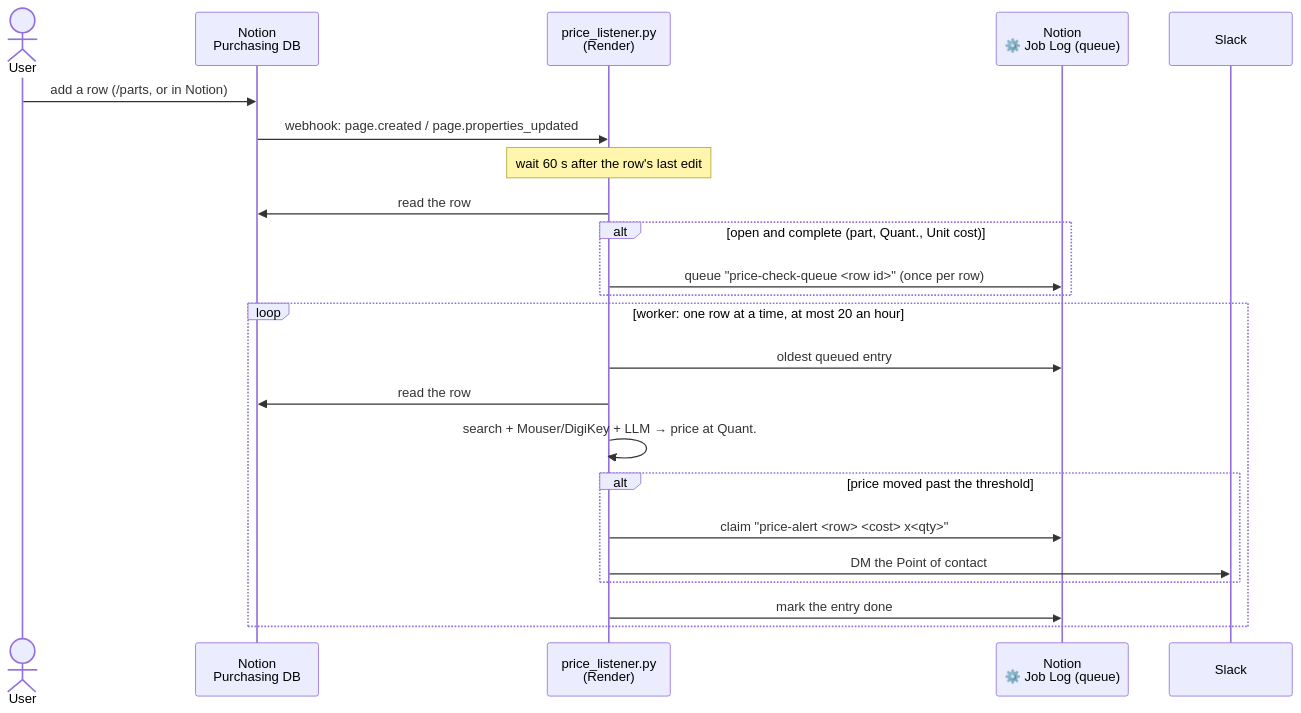
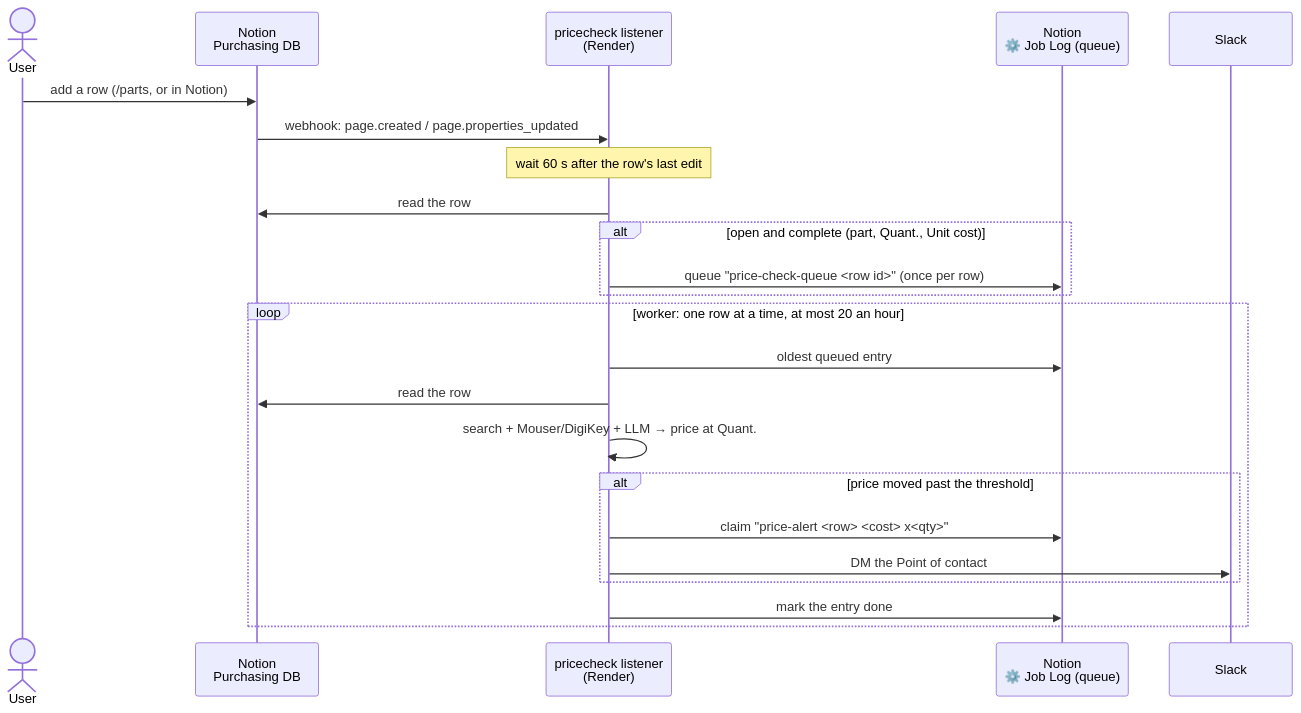
The diagram in README.md (Penn-Electric-Racing/PER-Purchasing), drawn with Mermaid before and after one commit. The commit also changed other lines of this file and 29 other files, not shown here.

````diff
--- a/README.md
+++ b/README.md
@@ -17,26 +17,26 @@
 ```mermaid
 sequenceDiagram
     actor User
     participant Purchasing as Notion<br/>Purchasing DB
-    participant Listener as price_listener.py<br/>(Render)
+    participant Listener as pricecheck listener<br/>(Render)
     participant JobLog as Notion<br/>⚙️ Job Log (queue)
     participant Slack
 
     User->>Purchasing: add a row (/parts, or in Notion)
     Purchasing->>Listener: webhook: page.created / page.properties_updated
     Note over Listener: wait 60 s after the row's last edit
     Listener->>Purchasing: read the row
     alt open and complete (part, Quant., Unit cost)
         Listener->>JobLog: queue "price-check-queue #lt;row id#gt;" (once per row)
     end
     loop worker: one row at a time, at most 20 an hour
         Listener->>JobLog: oldest queued entry
         Listener->>Purchasing: read the row
         Listener->>Listener: search + Mouser/DigiKey + LLM → price at Quant.
         alt price moved past the threshold
             Listener->>JobLog: claim "price-alert #lt;row#gt; #lt;cost#gt; x#lt;qty#gt;"
             Listener->>Slack: DM the Point of contact
         end
         Listener->>JobLog: mark the entry done
     end
 ```
````
